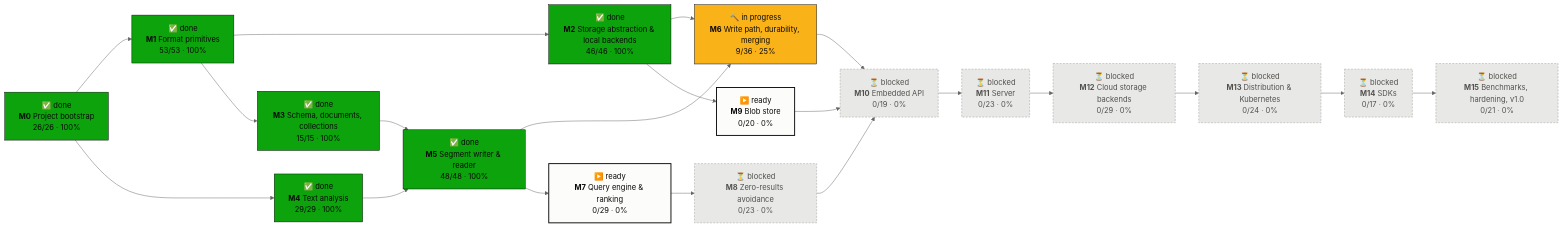
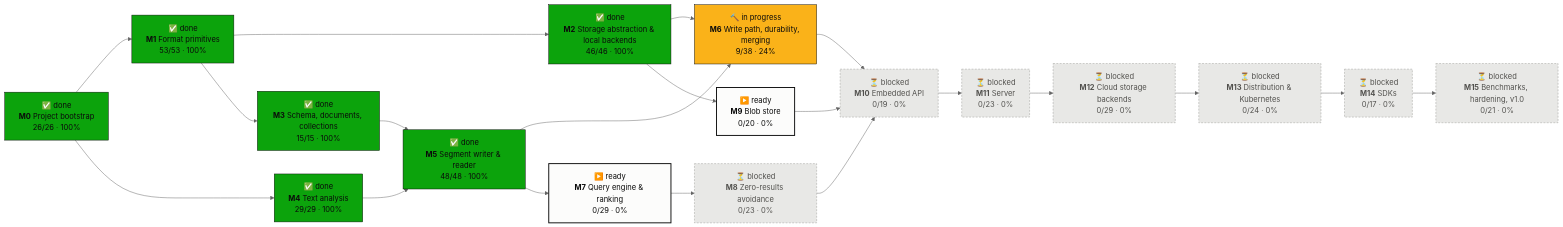
Before and after one commit to tomiok/persiaDB: the first of 2 diagrams in PROGRESS.md, drawn with Mermaid (neutral theme). The commit also changed other lines of this file and 6 other files, not shown here.

First line of the commit message:
docs: flush, commit and snapshots (SPEC §8.2, §8.4, §10.1, ADR-0029; ROADMAP 6.3)

````diff
--- a/PROGRESS.md
+++ b/PROGRESS.md
@@ -16,42 +16,42 @@
 ```mermaid
 flowchart LR
   M0["✅ done<br/><b>M0</b> Project bootstrap<br/>26/26 · 100%"]:::done
   M1["✅ done<br/><b>M1</b> Format primitives<br/>53/53 · 100%"]:::done
   M2["✅ done<br/><b>M2</b> Storage abstraction & local backends<br/>46/46 · 100%"]:::done
   M3["✅ done<br/><b>M3</b> Schema, documents, collections<br/>15/15 · 100%"]:::done
   M4["✅ done<br/><b>M4</b> Text analysis<br/>29/29 · 100%"]:::done
   M5["✅ done<br/><b>M5</b> Segment writer & reader<br/>48/48 · 100%"]:::done
-  M6["🔨 in progress<br/><b>M6</b> Write path, durability, merging<br/>9/36 · 25%"]:::doing
+  M6["🔨 in progress<br/><b>M6</b> Write path, durability, merging<br/>9/38 · 24%"]:::doing
   M7["▶️ ready<br/><b>M7</b> Query engine & ranking<br/>0/29 · 0%"]:::ready
   M8["⏳ blocked<br/><b>M8</b> Zero-results avoidance<br/>0/23 · 0%"]:::blocked
   M9["▶️ ready<br/><b>M9</b> Blob store<br/>0/20 · 0%"]:::ready
   M10["⏳ blocked<br/><b>M10</b> Embedded API<br/>0/19 · 0%"]:::blocked
   M11["⏳ blocked<br/><b>M11</b> Server<br/>0/23 · 0%"]:::blocked
   M12["⏳ blocked<br/><b>M12</b> Cloud storage backends<br/>0/29 · 0%"]:::blocked
   M13["⏳ blocked<br/><b>M13</b> Distribution & Kubernetes<br/>0/24 · 0%"]:::blocked
   M14["⏳ blocked<br/><b>M14</b> SDKs<br/>0/17 · 0%"]:::blocked
   M15["⏳ blocked<br/><b>M15</b> Benchmarks, hardening, v1.0<br/>0/21 · 0%"]:::blocked
   M0 --> M1
   M1 --> M2
   M1 --> M3
   M0 --> M4
   M3 --> M5
   M4 --> M5
   M2 --> M6
   M5 --> M6
   M5 --> M7
   M7 --> M8
   M2 --> M9
   M6 --> M10
   M8 --> M10
   M9 --> M10
   M10 --> M11
   M11 --> M12
   M12 --> M13
   M13 --> M14
   M14 --> M15
   classDef done fill:#0ca30c,stroke:#0b0b0b,color:#0b0b0b
   classDef doing fill:#fab219,stroke:#0b0b0b,color:#0b0b0b
   classDef ready fill:#fcfcfb,stroke:#0b0b0b,stroke-width:2px,color:#0b0b0b
   classDef blocked fill:#e8e8e6,stroke:#9a9a96,stroke-dasharray:4 3,color:#52514e
 ```
````
